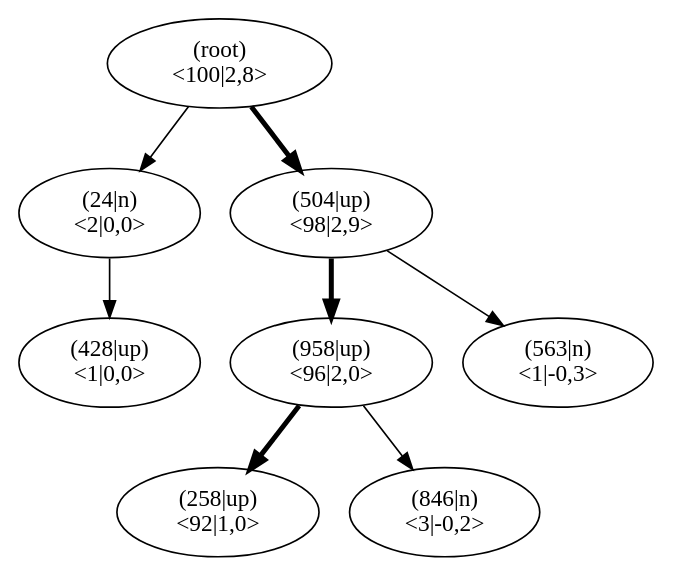
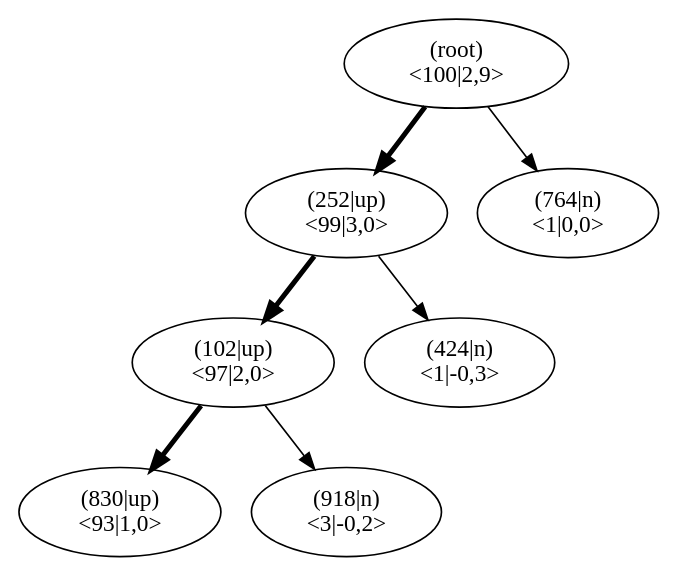
Before and after one commit to JonasHellgren/relexp-java: the diagram in pictures/ch13/jumper_test_mcts.dot, drawn with Graphviz. The commit also changed 32 other files, not shown here.

Commit message:
ChartSaverAndPlotter skall veck

```diff
--- a/pictures/ch13/jumper_test_mcts.dot
+++ b/pictures/ch13/jumper_test_mcts.dot
@@ -1,26 +1,23 @@
 digraph MCTS {
 node [shape=ellipse];
 Nroot [label="(root)
-<100|2,8>"];
-Nroot -> N24[penwidth=1];
-N24 [label="(24|n)
-<2|0,0>"];
-N24 -> N428[penwidth=1];
-N428 [label="(428|up)
+<100|2,9>"];
+Nroot -> N252[penwidth=3];
+N252 [label="(252|up)
+<99|3,0>"];
+N252 -> N102[penwidth=3];
+N102 [label="(102|up)
+<97|2,0>"];
+N102 -> N830[penwidth=3];
+N830 [label="(830|up)
+<93|1,0>"];
+N102 -> N918[penwidth=1];
+N918 [label="(918|n)
+<3|-0,2>"];
+N252 -> N424[penwidth=1];
+N424 [label="(424|n)
+<1|-0,3>"];
+Nroot -> N764[penwidth=1];
+N764 [label="(764|n)
 <1|0,0>"];
-Nroot -> N504[penwidth=3];
-N504 [label="(504|up)
-<98|2,9>"];
-N504 -> N958[penwidth=3];
-N958 [label="(958|up)
-<96|2,0>"];
-N958 -> N258[penwidth=3];
-N258 [label="(258|up)
-<92|1,0>"];
-N958 -> N846[penwidth=1];
-N846 [label="(846|n)
-<3|-0,2>"];
-N504 -> N563[penwidth=1];
-N563 [label="(563|n)
-<1|-0,3>"];
 }
```
